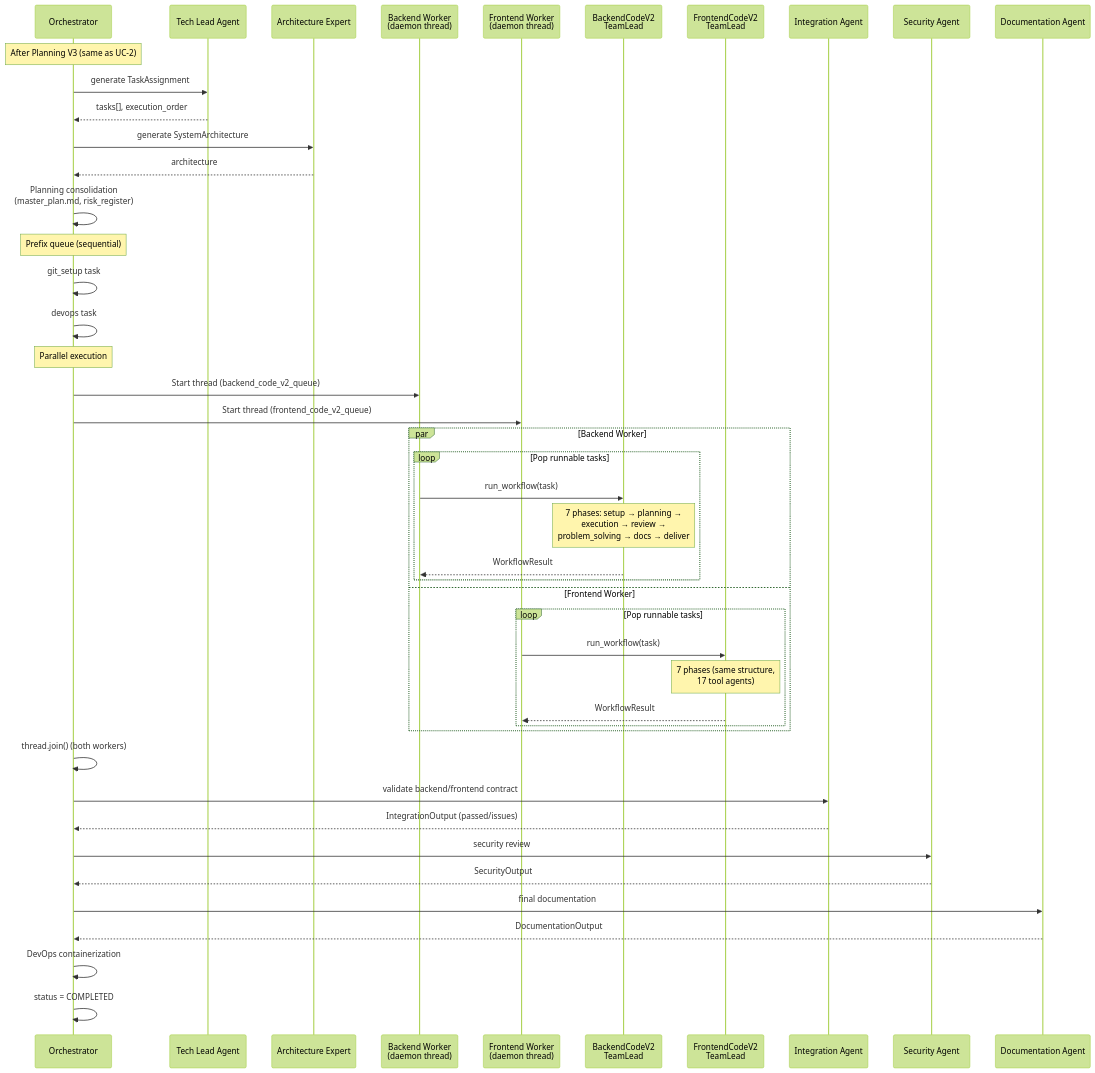
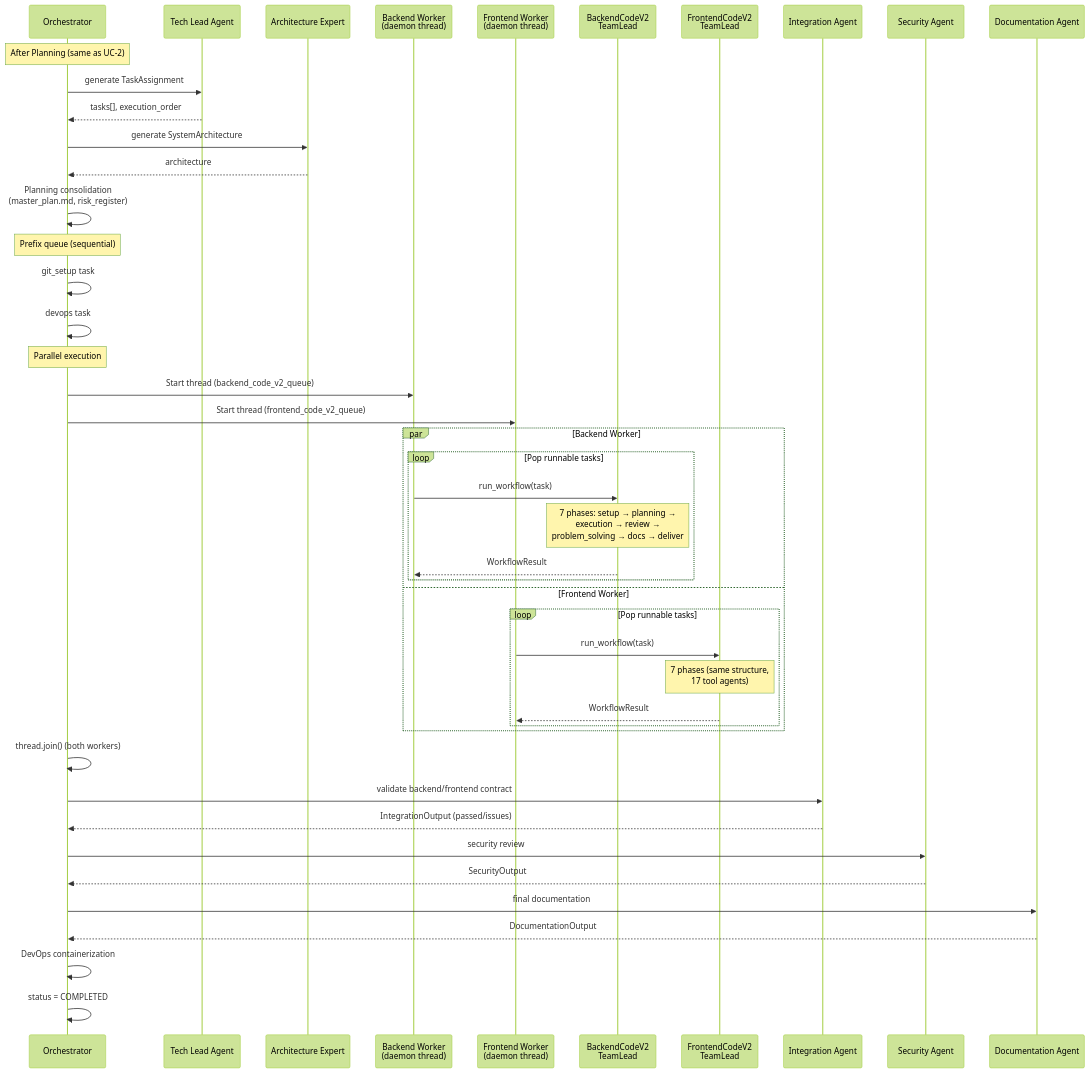
The third of 6 diagrams in backend/agents/software_engineering_team/system_design/SE_Use_Cases.md (brandonkindred/Khala-Agentic-AI-Teams), drawn with Mermaid (forest theme) before and after one commit. The commit also changed other lines of this file and 217 other files, not shown here.

````diff
--- a/backend/agents/software_engineering_team/system_design/SE_Use_Cases.md
+++ b/backend/agents/software_engineering_team/system_design/SE_Use_Cases.md
@@ -112,59 +112,59 @@
 ```mermaid
 sequenceDiagram
     participant ORC as Orchestrator
     participant TL as Tech Lead Agent
     participant AE as Architecture Expert
     participant BW as Backend Worker<br/>(daemon thread)
     participant FW as Frontend Worker<br/>(daemon thread)
     participant BV2 as BackendCodeV2<br/>TeamLead
     participant FV2 as FrontendCodeV2<br/>TeamLead
     participant INT as Integration Agent
     participant SEC as Security Agent
     participant DOC as Documentation Agent
 
-    Note over ORC: After Planning V3 (same as UC-2)
+    Note over ORC: After Planning (same as UC-2)
 
     ORC->>TL: generate TaskAssignment
     TL-->>ORC: tasks[], execution_order
 
     ORC->>AE: generate SystemArchitecture
     AE-->>ORC: architecture
 
     ORC->>ORC: Planning consolidation<br/>(master_plan.md, risk_register)
 
     Note over ORC: Prefix queue (sequential)
     ORC->>ORC: git_setup task
     ORC->>ORC: devops task
 
     Note over ORC: Parallel execution
     ORC->>BW: Start thread (backend_code_v2_queue)
     ORC->>FW: Start thread (frontend_code_v2_queue)
 
     par Backend Worker
         loop Pop runnable tasks
             BW->>BV2: run_workflow(task)
             Note over BV2: 7 phases: setup → planning →<br/>execution → review →<br/>problem_solving → docs → deliver
             BV2-->>BW: WorkflowResult
         end
     and Frontend Worker
         loop Pop runnable tasks
             FW->>FV2: run_workflow(task)
             Note over FV2: 7 phases (same structure,<br/>17 tool agents)
             FV2-->>FW: WorkflowResult
         end
     end
 
     ORC->>ORC: thread.join() (both workers)
 
     ORC->>INT: validate backend/frontend contract
     INT-->>ORC: IntegrationOutput (passed/issues)
 
     ORC->>SEC: security review
     SEC-->>ORC: SecurityOutput
 
     ORC->>DOC: final documentation
     DOC-->>ORC: DocumentationOutput
 
     ORC->>ORC: DevOps containerization
     ORC->>ORC: status = COMPLETED
 ```
````
